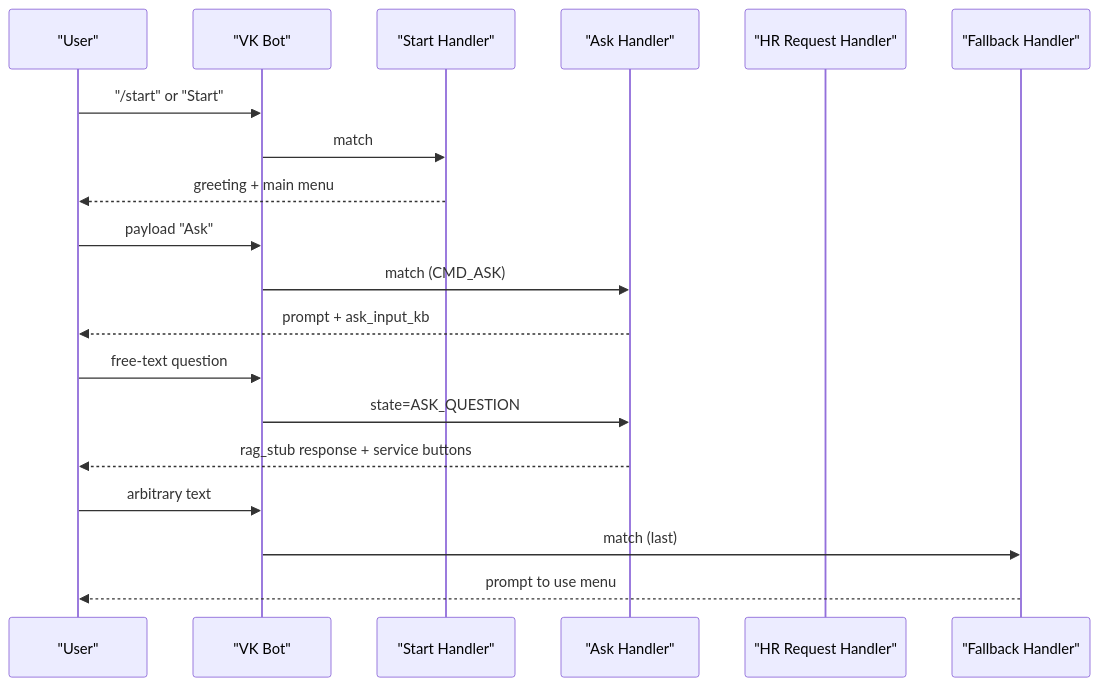
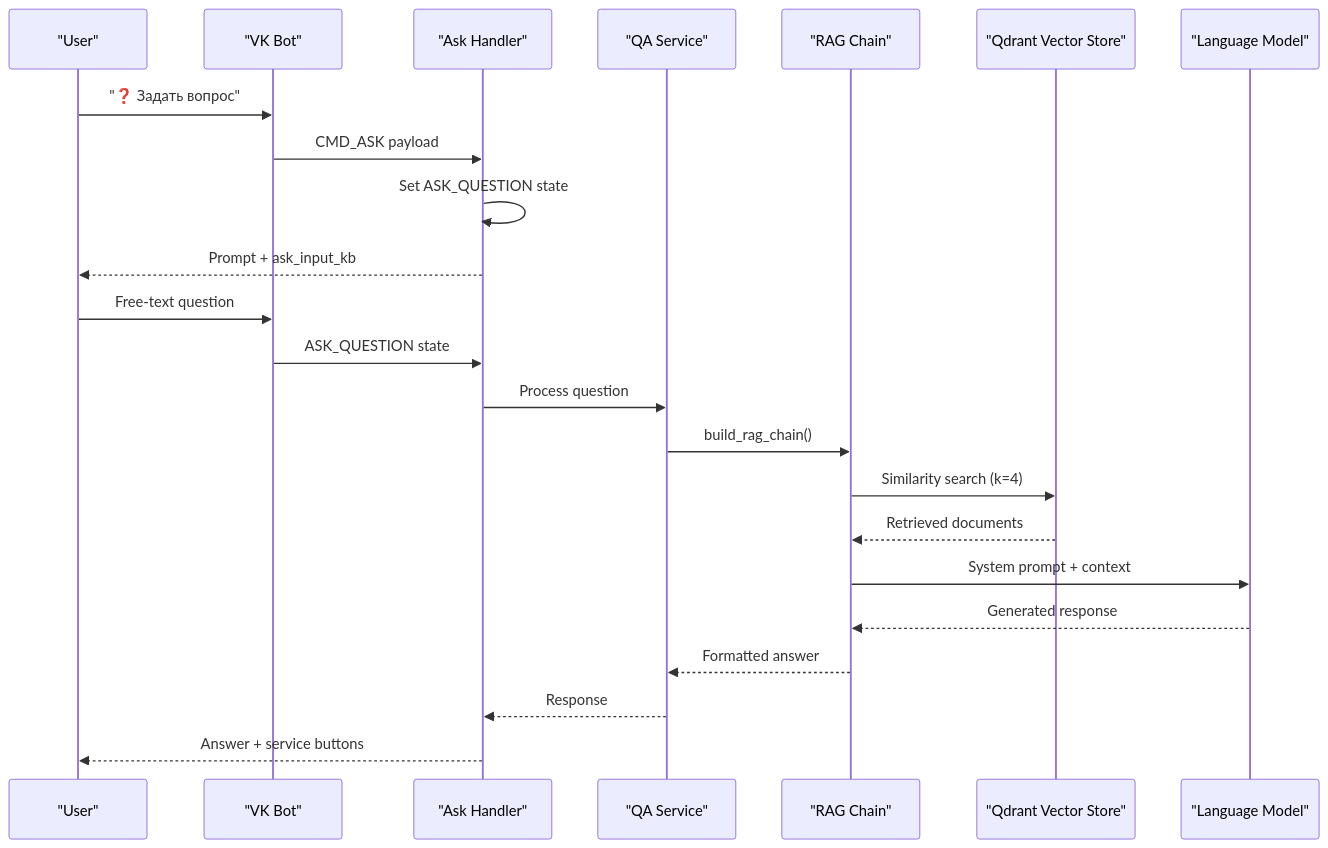
One commit to ognelis/cafetera_hr_bot changed the second of 9 diagrams in .qoder/repowiki/en/content/RAG Integration.md. Above: the diagram before and after it, drawn with Mermaid. The commit also changed other lines of this file and 9 other files, not shown here.

````diff
--- a/.qoder/repowiki/en/content/RAG Integration.md
+++ b/.qoder/repowiki/en/content/RAG Integration.md
@@ -232,21 +137,25 @@
 ```mermaid
 sequenceDiagram
 participant User as "User"
-participant VK as "VK Bot"
-participant Start as "Start Handler"
-participant Ask as "Ask Handler"
-participant HRRequest as "HR Request Handler"
-participant Fallback as "Fallback Handler"
-User->>VK : "/start" or "Start"
-VK->>Start : match
-Start-->>User : greeting + main menu
-User->>VK : payload "Ask"
-VK->>Ask : match (CMD_ASK)
-Ask-->>User : prompt + ask_input_kb
-User->>VK : free-text question
-VK->>Ask : state=ASK_QUESTION
-Ask-->>User : rag_stub response + service buttons
-User->>VK : arbitrary text
-VK->>Fallback : match (last)
-Fallback-->>User : prompt to use menu
+participant VKBot as "VK Bot"
+participant AskHandler as "Ask Handler"
+participant QAService as "QA Service"
+participant RAGChain as "RAG Chain"
+participant Qdrant as "Qdrant Vector Store"
+participant LLM as "Language Model"
+User->>VKBot : "❓ Задать вопрос"
+VKBot->>AskHandler : CMD_ASK payload
+AskHandler->>AskHandler : Set ASK_QUESTION state
+AskHandler-->>User : Prompt + ask_input_kb
+User->>VKBot : Free-text question
+VKBot->>AskHandler : ASK_QUESTION state
+AskHandler->>QAService : Process question
+QAService->>RAGChain : build_rag_chain()
+RAGChain->>Qdrant : Similarity search (k=4)
+Qdrant-->>RAGChain : Retrieved documents
+RAGChain->>LLM : System prompt + context
+LLM-->>RAGChain : Generated response
+RAGChain-->>QAService : Formatted answer
+QAService-->>AskHandler : Response
+AskHandler-->>User : Answer + service buttons
 ```
````
